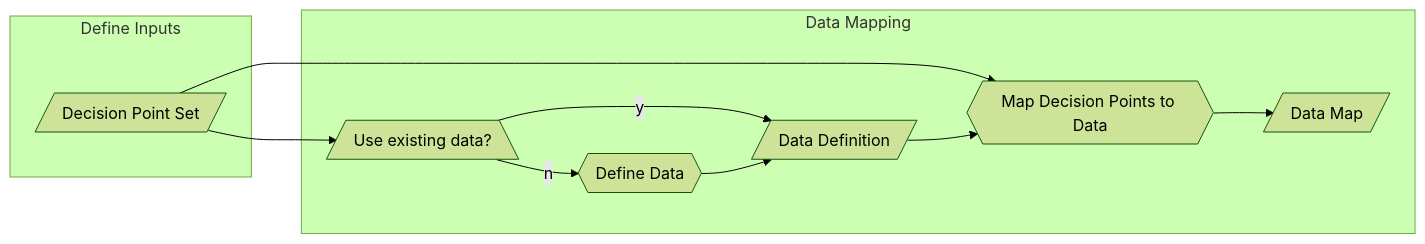
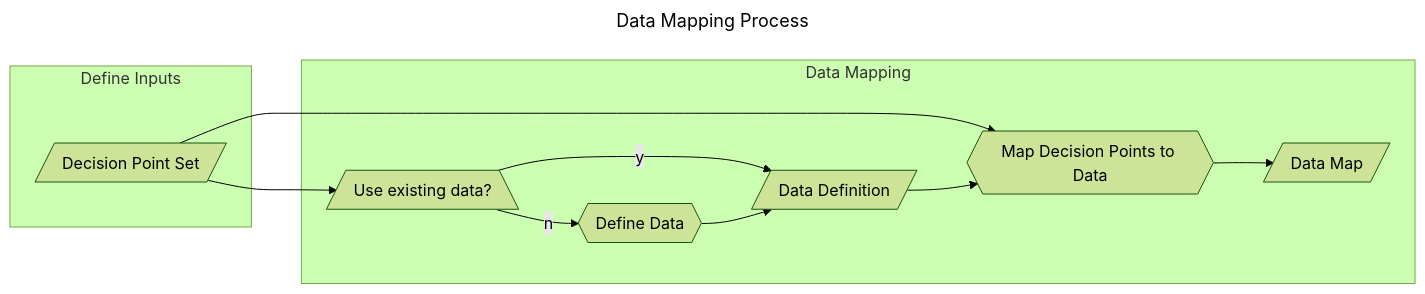
The sixth of 7 diagrams in docs/howto/bootstrap/prepare.md (CERTCC/SSVC), drawn with Mermaid (forest theme) before and after one commit. The commit also changed other lines of this file, not shown here.

````diff
--- a/docs/howto/bootstrap/prepare.md
+++ b/docs/howto/bootstrap/prepare.md
@@ -199,20 +217,23 @@
 ```mermaid 
+---
+title: Data Mapping Process
+---
 flowchart LR
     subgraph di[Define Inputs]
         dps[/Decision Point Set/]
     end
     subgraph dataeng [Data Mapping]
         dd1[/Use existing data?\]
         dpm[/Data Map/]
         dp2d{{Map Decision Points to Data}}
         dd{{Define Data}}
         ddf[/Data Definition/]
     end
     dps --> dd1
     dps --> dp2d
     dd1 -->|y| ddf
     dd1 -->|n| dd
     dd --> ddf
     ddf --> dp2d
     dp2d --> dpm
 ```    
````
